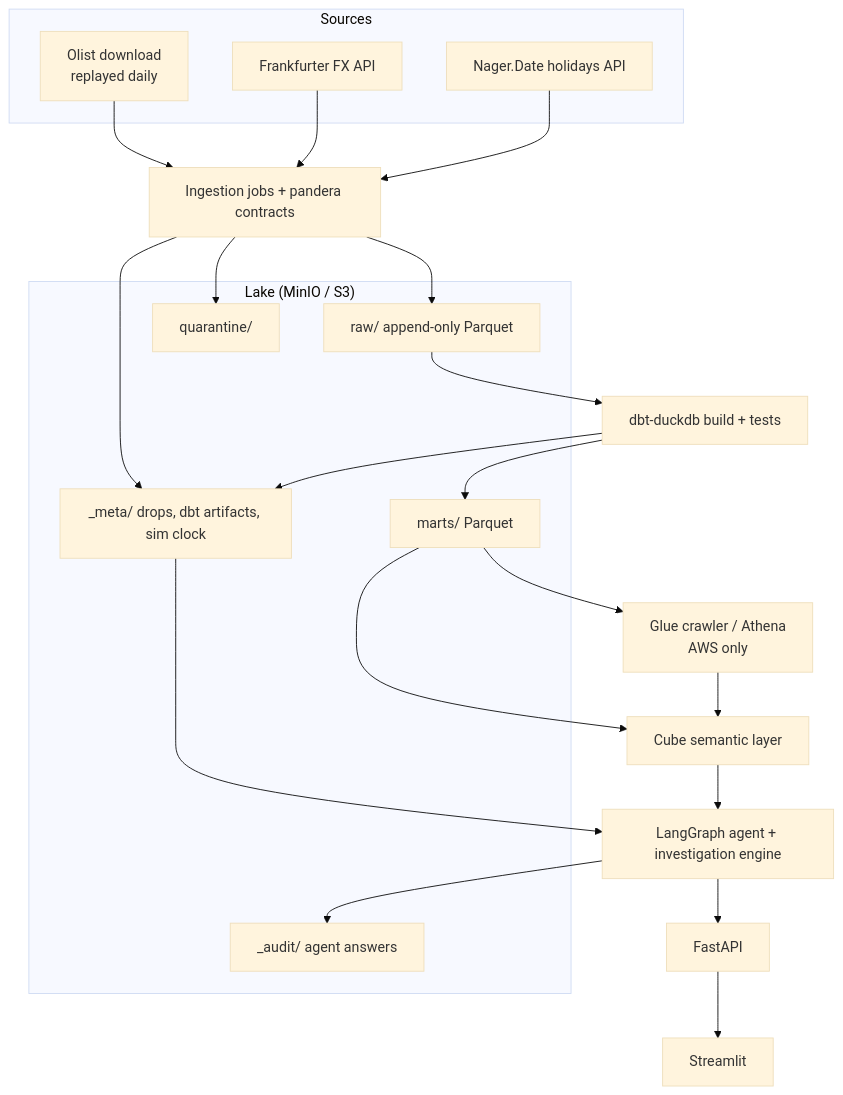
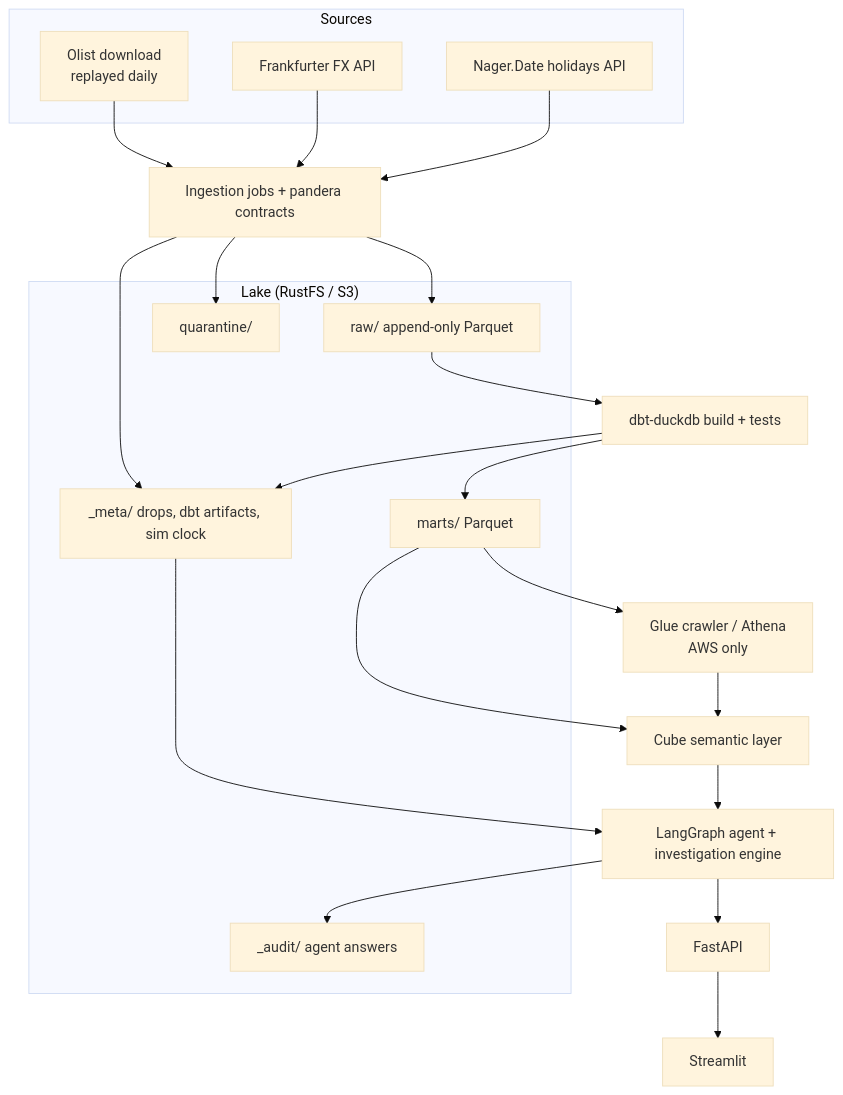
Before and after one commit to debolai/metrictrace: the diagram in MetricTrace — Build Specification v2.md, drawn with Mermaid (base theme). The commit also changed other lines of this file and 17 other files, not shown here.

First line of the commit message:
feat: phase 1 lake access with RustFS, LakeClient and DuckDB factory

````diff
--- a/MetricTrace — Build Specification v2.md
+++ b/MetricTrace — Build Specification v2.md
@@ -45,30 +45,30 @@
 ```mermaid
 flowchart TB
   subgraph Sources
     O[Olist download<br/>replayed daily]
     FX[Frankfurter FX API]
     H[Nager.Date holidays API]
   end
-  subgraph Lake["Lake (MinIO / S3)"]
+  subgraph Lake["Lake (RustFS / S3)"]
     RAW[raw/ append-only Parquet]
     Q[quarantine/]
     META[_meta/ drops, dbt artifacts, sim clock]
     MARTS[marts/ Parquet]
     AUD[_audit/ agent answers]
   end
   O & FX & H --> ING[Ingestion jobs + pandera contracts]
   ING --> RAW
   ING --> Q
   ING --> META
   RAW --> DBT[dbt-duckdb build + tests]
   DBT --> MARTS
   DBT --> META
   MARTS --> GLUE[Glue crawler / Athena<br/>AWS only]
   MARTS --> CUBE[Cube semantic layer]
   GLUE --> CUBE
   CUBE --> AGENT[LangGraph agent + investigation engine]
   META --> AGENT
   AGENT --> AUD
   AGENT --> API[FastAPI]
   API --> UI[Streamlit]
 ```
````
